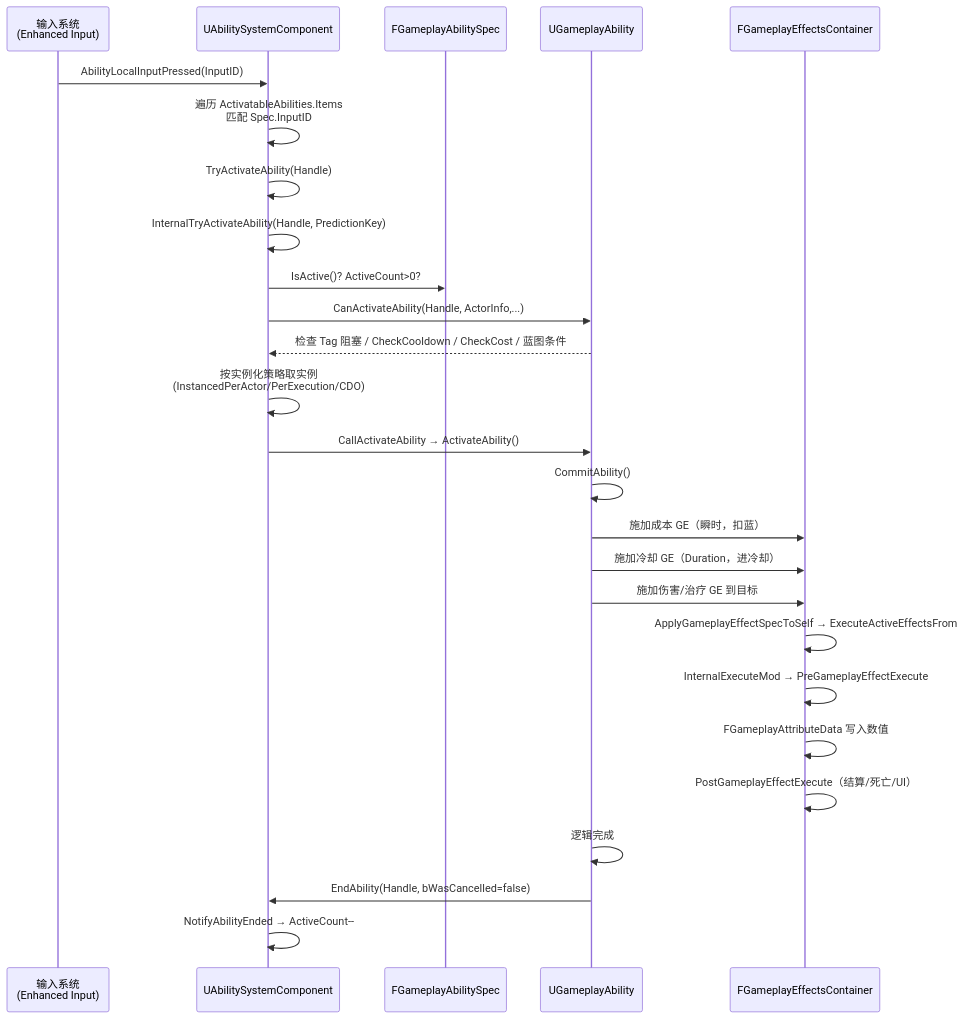
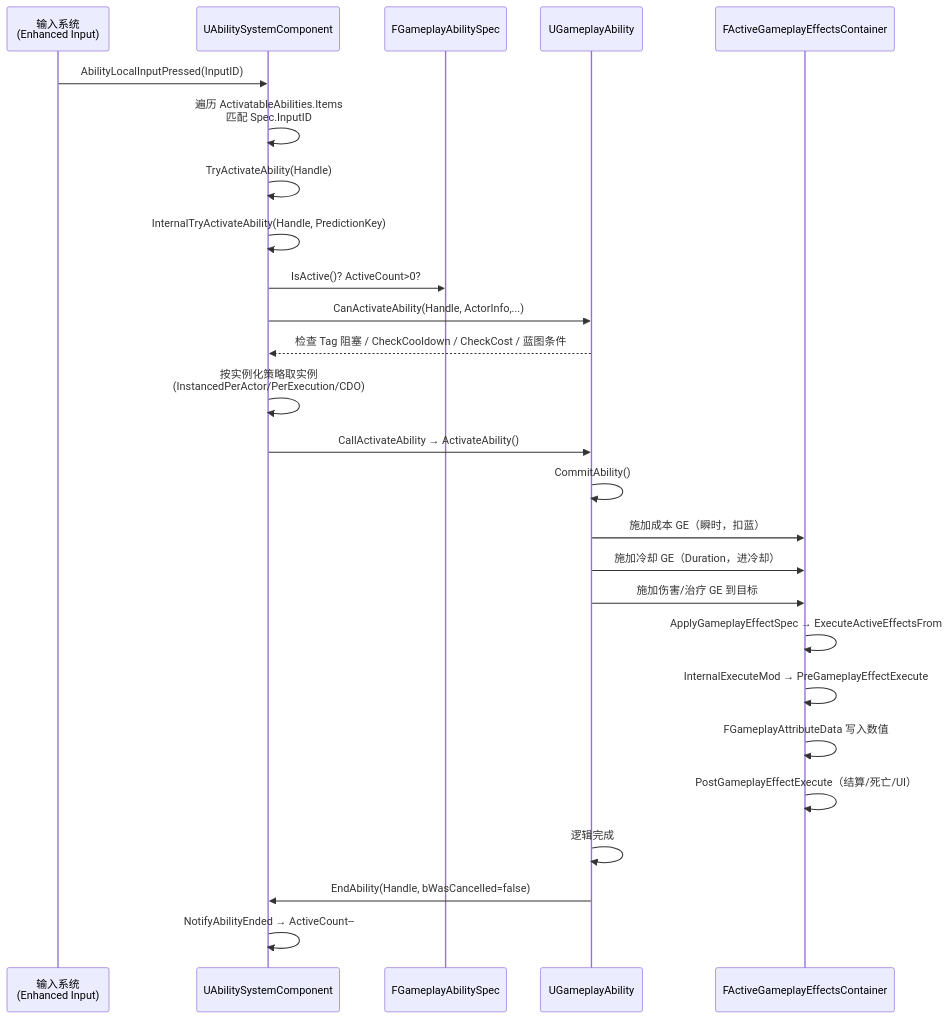
The first of 2 diagrams in 游戏知识/12-引擎源码分析/05-GAS能力系统源码.md (fantuan812/learning), drawn with Mermaid before and after one commit. The commit also changed other lines of this file and 17 other files, not shown here.

````diff
--- a/游戏知识/12-引擎源码分析/05-GAS能力系统源码.md
+++ b/游戏知识/12-引擎源码分析/05-GAS能力系统源码.md
@@ -742,29 +778,29 @@
 ```mermaid
 sequenceDiagram
     participant Input as 输入系统<br/>(Enhanced Input)
     participant ASC as UAbilitySystemComponent
     participant Spec as FGameplayAbilitySpec
     participant AB as UGameplayAbility
-    participant GE as FGameplayEffectsContainer
+    participant GE as FActiveGameplayEffectsContainer
 
     Input->>ASC: AbilityLocalInputPressed(InputID)
     ASC->>ASC: 遍历 ActivatableAbilities.Items<br/>匹配 Spec.InputID
     ASC->>ASC: TryActivateAbility(Handle)
     ASC->>ASC: InternalTryActivateAbility(Handle, PredictionKey)
     ASC->>Spec: IsActive()? ActiveCount>0?
     ASC->>AB: CanActivateAbility(Handle, ActorInfo,...)
     AB-->>ASC: 检查 Tag 阻塞 / CheckCooldown / CheckCost / 蓝图条件
     ASC->>ASC: 按实例化策略取实例<br/>(InstancedPerActor/PerExecution/CDO)
     ASC->>AB: CallActivateAbility → ActivateAbility()
     AB->>AB: CommitAbility()
     AB->>GE: 施加成本 GE（瞬时，扣蓝）
     AB->>GE: 施加冷却 GE（Duration，进冷却）
     AB->>GE: 施加伤害/治疗 GE 到目标
-    GE->>GE: ApplyGameplayEffectSpecToSelf → ExecuteActiveEffectsFrom
+    GE->>GE: ApplyGameplayEffectSpec → ExecuteActiveEffectsFrom
     GE->>GE: InternalExecuteMod → PreGameplayEffectExecute
     GE->>GE: FGameplayAttributeData 写入数值
     GE->>GE: PostGameplayEffectExecute（结算/死亡/UI）
     AB->>AB: 逻辑完成
     AB->>ASC: EndAbility(Handle, bWasCancelled=false)
     ASC->>ASC: NotifyAbilityEnded → ActiveCount--
 ```
````
